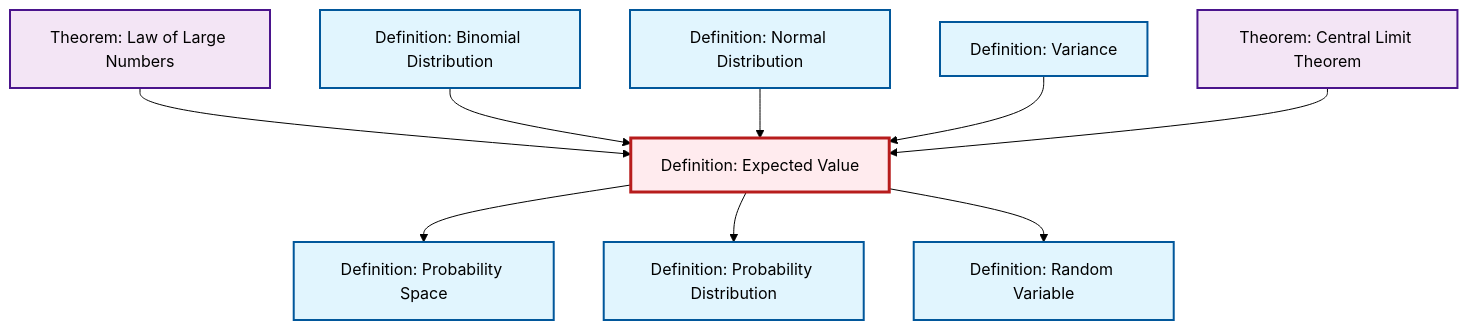
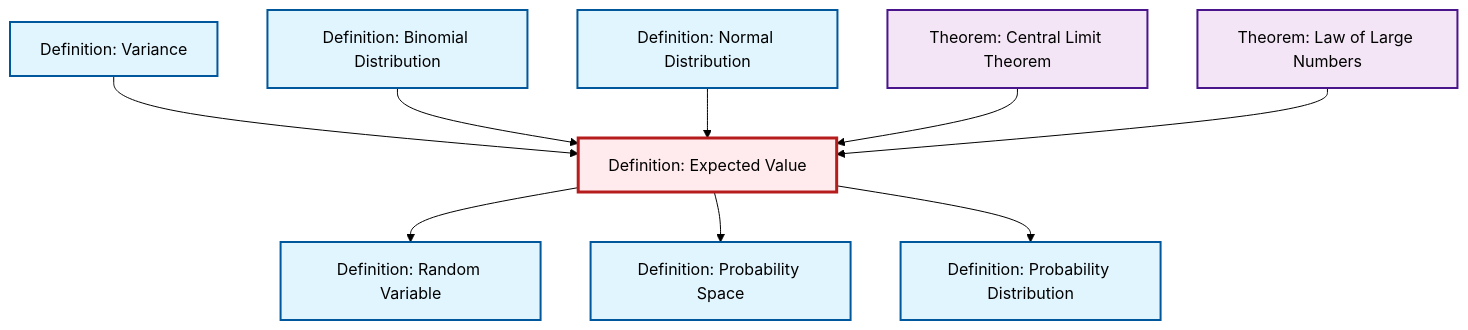
One commit to RK0429/ModernMath changed the second of 2 diagrams in content/en/probability-statistics/def-expectation.qmd. Above: the diagram before and after it, drawn with Mermaid (forest theme). The commit also changed other lines of this file and 1012 other files, not shown here.

````diff
--- a/content/en/probability-statistics/def-expectation.qmd
+++ b/content/en/probability-statistics/def-expectation.qmd
@@ -87,35 +87,35 @@
 ```{mermaid}
 %%| fig-cap: "Local dependency graph"
 graph TD
     classDef definition fill:#e1f5fe,stroke:#01579b,stroke-width:2px
     classDef theorem fill:#f3e5f5,stroke:#4a148c,stroke-width:2px
     classDef axiom fill:#fff3e0,stroke:#e65100,stroke-width:2px
     classDef example fill:#e8f5e9,stroke:#1b5e20,stroke-width:2px
     classDef current fill:#ffebee,stroke:#b71c1c,stroke-width:3px
+    def-probability-distribution["Definition: Probability Distribution"]:::definition
     def-expectation["Definition: Expected Value"]:::definition
     thm-central-limit["Theorem: Central Limit Theorem"]:::theorem
+    def-random-variable["Definition: Random Variable"]:::definition
     def-binomial-distribution["Definition: Binomial Distribution"]:::definition
-    def-random-variable["Definition: Random Variable"]:::definition
+    thm-law-of-large-numbers["Theorem: Law of Large Numbers"]:::theorem
+    def-normal-distribution["Definition: Normal Distribution"]:::definition
+    def-probability-space["Definition: Probability Space"]:::definition
     def-variance["Definition: Variance"]:::definition
-    def-probability-space["Definition: Probability Space"]:::definition
-    thm-law-of-large-numbers["Theorem: Law of Large Numbers"]:::theorem
-    def-probability-distribution["Definition: Probability Distribution"]:::definition
-    def-normal-distribution["Definition: Normal Distribution"]:::definition
+    def-expectation --> def-random-variable
+    def-variance --> def-expectation
+    def-binomial-distribution --> def-expectation
+    def-expectation --> def-probability-space
+    def-expectation --> def-probability-distribution
+    def-normal-distribution --> def-expectation
+    thm-central-limit --> def-expectation
     thm-law-of-large-numbers --> def-expectation
-    def-expectation --> def-probability-space
-    def-binomial-distribution --> def-expectation
-    def-normal-distribution --> def-expectation
-    def-variance --> def-expectation
-    thm-central-limit --> def-expectation
-    def-expectation --> def-probability-distribution
-    def-expectation --> def-random-variable
     class def-expectation current
+    click def-probability-distribution "def-probability-distribution.html" "Go to Probability Distribution definition"
     click thm-central-limit "thm-central-limit.html" "Go to Central Limit Theorem theorem"
+    click def-random-variable "def-random-variable.html" "Go to Random Variable definition"
     click def-binomial-distribution "def-binomial-distribution.html" "Go to Binomial Distribution definition"
-    click def-random-variable "def-random-variable.html" "Go to Random Variable definition"
+    click thm-law-of-large-numbers "thm-law-of-large-numbers.html" "Go to Law of Large Numbers theorem"
+    click def-normal-distribution "def-normal-distribution.html" "Go to Normal Distribution definition"
+    click def-probability-space "def-probability-space.html" "Go to Probability Space definition"
     click def-variance "def-variance.html" "Go to Variance definition"
-    click def-probability-space "def-probability-space.html" "Go to Probability Space definition"
-    click thm-law-of-large-numbers "thm-law-of-large-numbers.html" "Go to Law of Large Numbers theorem"
-    click def-probability-distribution "def-probability-distribution.html" "Go to Probability Distribution definition"
-    click def-normal-distribution "def-normal-distribution.html" "Go to Normal Distribution definition"
 ```
````
